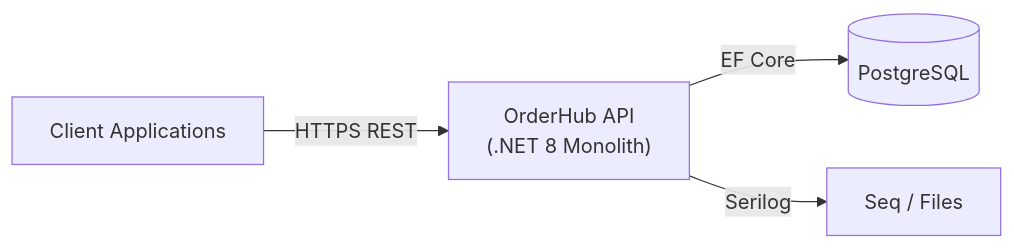
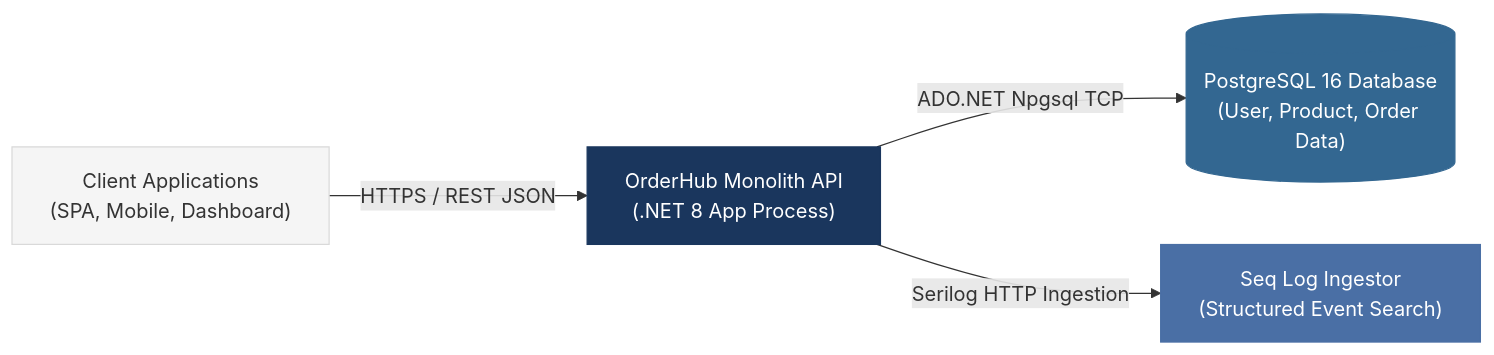
The first of 2 diagrams in docs/docusaurus/docs/architecture/05-building-blocks.md (datngw/OrderHub), drawn with Mermaid before and after one commit. The commit also changed other lines of this file and 28 other files, not shown here.

Commit message:
docs: Rewrite arc42 architecture docs and consolidate ADRs

````diff
--- a/docs/docusaurus/docs/architecture/05-building-blocks.md
+++ b/docs/docusaurus/docs/architecture/05-building-blocks.md
@@ -11,6 +15,15 @@
 ```mermaid
 graph LR
-    Client["Client Applications"] -->|"HTTPS REST"| API["OrderHub API<br/>(.NET 8 Monolith)"]
-    API -->|"EF Core"| DB[("PostgreSQL")]
-    API -->|"Serilog"| Logs["Seq / Files"]
+    Clients["Client Applications<br/>(SPA, Mobile, Dashboard)"] -->|"HTTPS / REST JSON"| API["OrderHub Monolith API<br/>(.NET 8 App Process)"]
+    API -->|"ADO.NET Npgsql TCP"| DB[("PostgreSQL 16 Database<br/>(User, Product, Order Data)")]
+    API -->|"Serilog HTTP Ingestion"| Seq["Seq Log Ingestor<br/>(Structured Event Search)"]
+
+    classDef default fill:#f5f5f5,stroke:#d9d9d9,color:#333;
+    classDef api fill:#1a365d,stroke:#1a365d,color:#fff;
+    classDef storage fill:#336791,stroke:#336791,color:#fff;
+    classDef seq fill:#4a6fa5,stroke:#4a6fa5,color:#fff;
+
+    class API api;
+    class DB storage;
+    class Seq seq;
 ```
````
